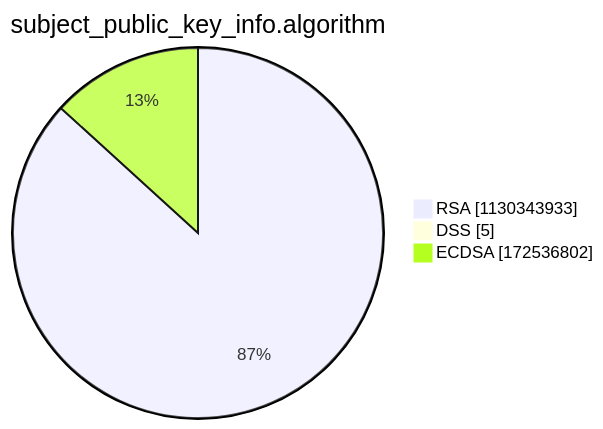
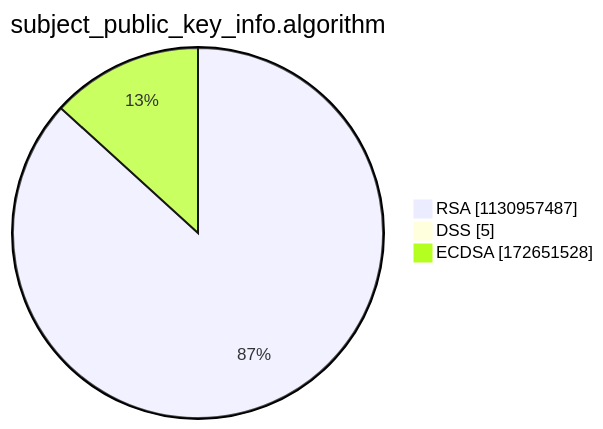
One commit to christiankrug/ctmonitor_visualization changed the third of 15 diagrams in argon2022/README.md. Above: the diagram before and after it, drawn with Mermaid. The commit also changed other lines of this file, not shown here.

````diff
--- a/argon2022/README.md
+++ b/argon2022/README.md
@@ -14,7 +14,7 @@
 ```mermaid
 pie showData
 title subject_public_key_info.algorithm
-"RSA" :1130343933
+"RSA" :1130957487
 "DSS" :5
-"ECDSA" :172536802
+"ECDSA" :172651528
 ```
````
